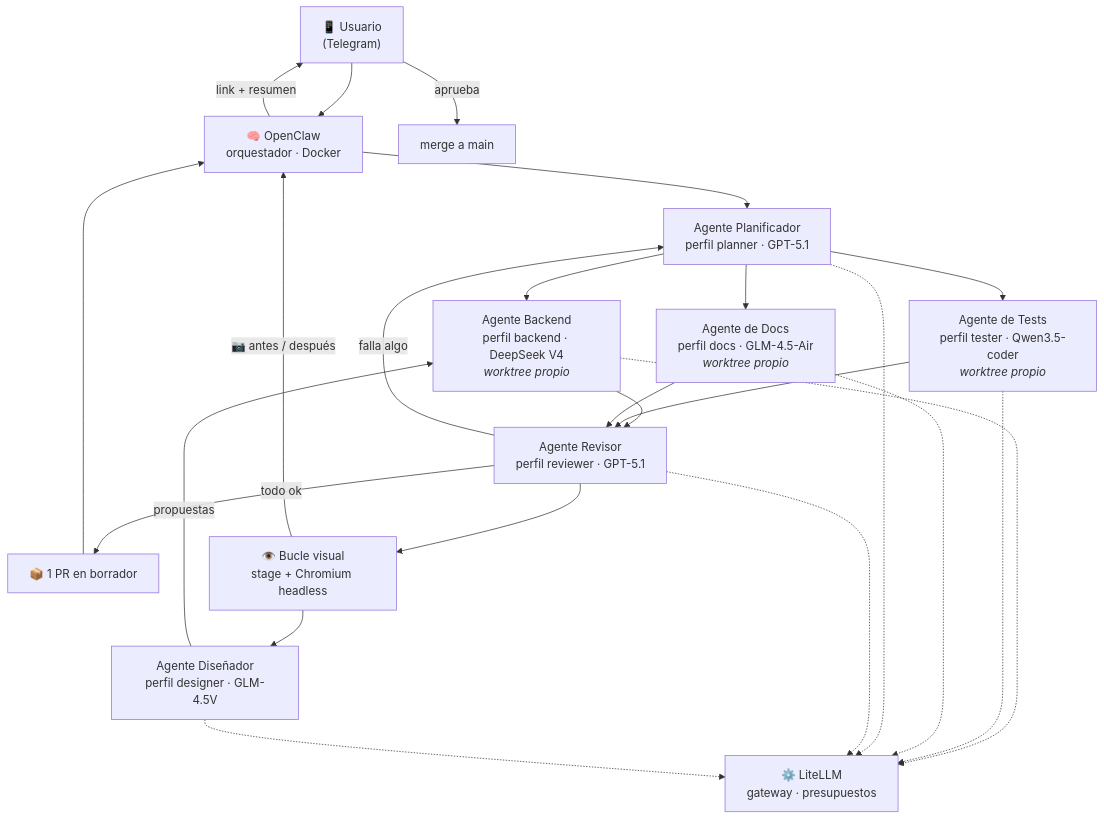
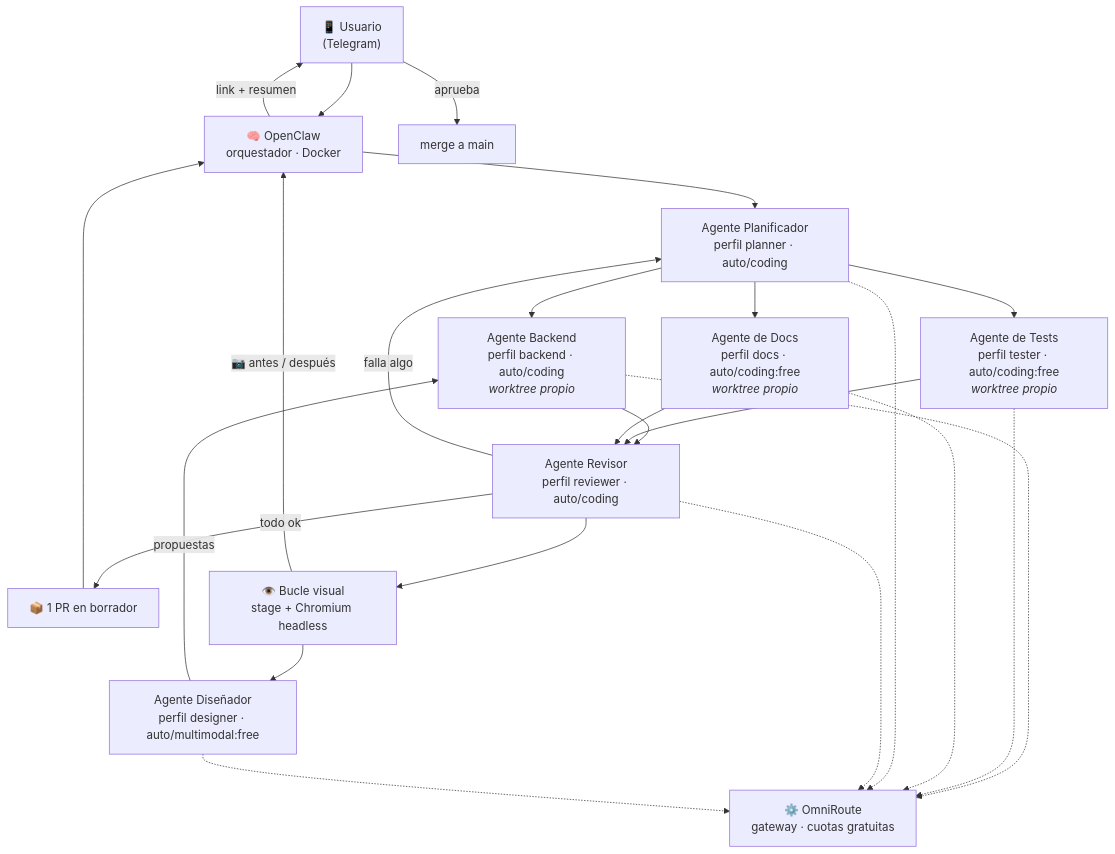
One commit to marksato13/self-hosted-ai-devops changed the diagram in README.md. Above: the diagram before and after it, drawn with Mermaid. The commit also changed other lines of this file and 33 other files, not shown here.

Commit message:
Migra el gateway gratuito a OmniRoute

````diff
--- a/README.md
+++ b/README.md
@@ -27,28 +27,28 @@
 ```mermaid
 flowchart TD
     U["📱 Usuario<br/>(Telegram)"] --> OC["🧠 OpenClaw<br/>orquestador · Docker"]
-    OC --> P["Agente Planificador<br/>perfil planner · GPT-5.1"]
-    P --> B["Agente Backend<br/>perfil backend · DeepSeek V4<br/><i>worktree propio</i>"]
-    P --> T["Agente de Tests<br/>perfil tester · Qwen3.5-coder<br/><i>worktree propio</i>"]
-    P --> D["Agente de Docs<br/>perfil docs · GLM-4.5-Air<br/><i>worktree propio</i>"]
-    B --> R["Agente Revisor<br/>perfil reviewer · GPT-5.1"]
+    OC --> P["Agente Planificador<br/>perfil planner · auto/coding"]
+    P --> B["Agente Backend<br/>perfil backend · auto/coding<br/><i>worktree propio</i>"]
+    P --> T["Agente de Tests<br/>perfil tester · auto/coding:free<br/><i>worktree propio</i>"]
+    P --> D["Agente de Docs<br/>perfil docs · auto/coding:free<br/><i>worktree propio</i>"]
+    B --> R["Agente Revisor<br/>perfil reviewer · auto/coding"]
     T --> R
     D --> R
     R -->|falla algo| P
     R -->|todo ok| PR["📦 1 PR en borrador"]
     PR --> OC
     OC -->|link + resumen| U
     U -->|aprueba| M["merge a main"]
 
     R --> V["👁️ Bucle visual<br/>stage + Chromium headless"]
-    V --> DS["Agente Diseñador<br/>perfil designer · GLM-4.5V"]
+    V --> DS["Agente Diseñador<br/>perfil designer · auto/multimodal:free"]
     DS -->|propuestas| B
     V -->|📷 antes / después| OC
 
-    B -.-> LL["⚙️ LiteLLM<br/>gateway · presupuestos"]
+    B -.-> LL["⚙️ OmniRoute<br/>gateway · cuotas gratuitas"]
     T -.-> LL
     D -.-> LL
     P -.-> LL
     R -.-> LL
     DS -.-> LL
 ```
````
